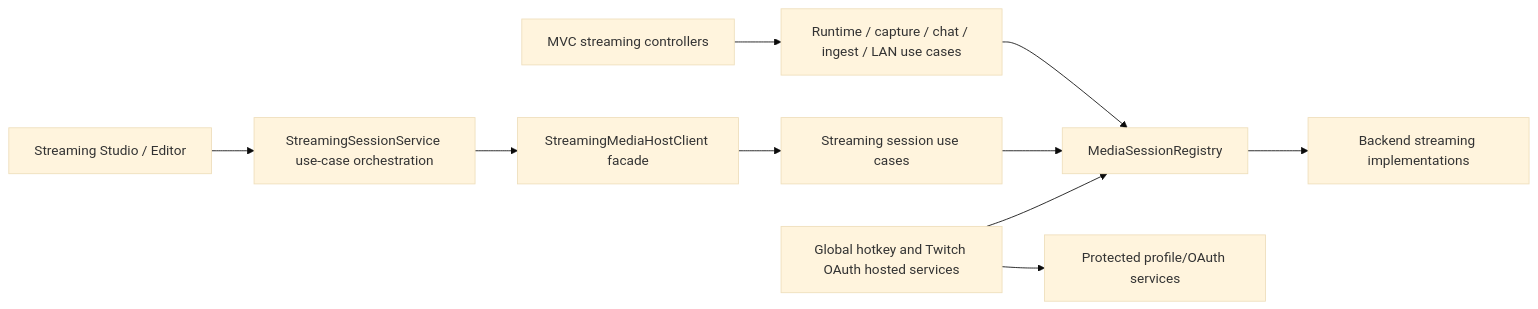
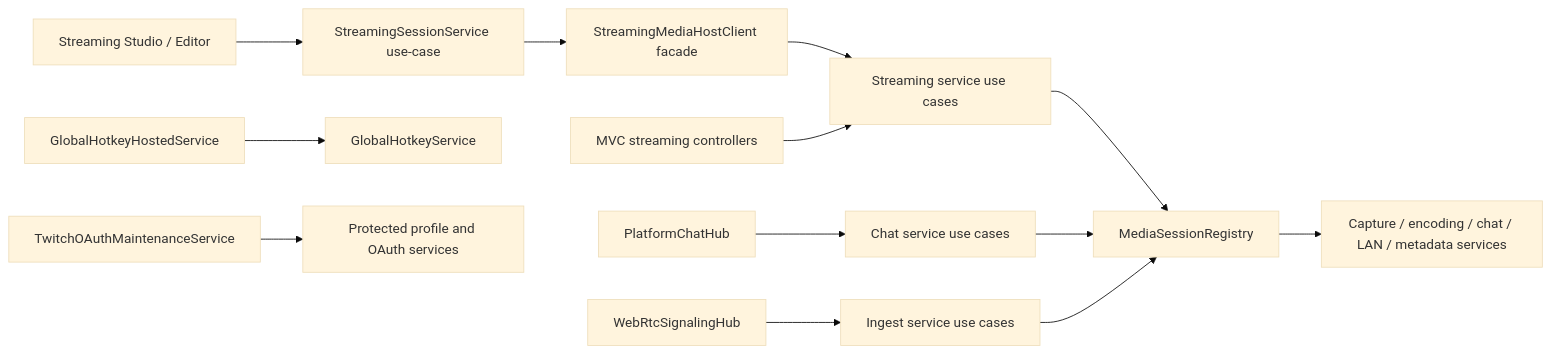
Before and after one commit to Michi0403/BlazorPublisher: the first of 3 diagrams in PublisherStudio/docs/architecture/streaming.md, drawn with Mermaid (base theme). The commit also changed other lines of this file and 78 other files, not shown here.

````diff
--- a/PublisherStudio/docs/architecture/streaming.md
+++ b/PublisherStudio/docs/architecture/streaming.md
@@ -7,12 +7,15 @@
 ```mermaid
 flowchart LR
-    UI[Streaming Studio / Editor] --> ES[StreamingSessionService use-case orchestration]
+    UI[Streaming Studio / Editor] --> ES[StreamingSessionService use-case]
     ES --> MF[StreamingMediaHostClient facade]
-    MF --> SU[Streaming session use cases]
-    MC[MVC streaming controllers] --> RU[Runtime / capture / chat / ingest / LAN use cases]
-    RU --> SR[MediaSessionRegistry]
-    SU --> SR
-    SR --> BE[Backend streaming implementations]
-    HS[Global hotkey and Twitch OAuth hosted services] --> SR
-    HS --> PS[Protected profile/OAuth services]
+    MF --> SU[Streaming service use cases]
+    MC[MVC streaming controllers] --> SU
+    CH[PlatformChatHub] --> CU[Chat service use cases]
+    WH[WebRtcSignalingHub] --> IU[Ingest service use cases]
+    SU --> SR[MediaSessionRegistry]
+    CU --> SR
+    IU --> SR
+    SR --> SS[Capture / encoding / chat / LAN / metadata services]
+    GH[GlobalHotkeyHostedService] --> GS[GlobalHotkeyService]
+    TH[TwitchOAuthMaintenanceService] --> PS[Protected profile and OAuth services]
 ```
````
